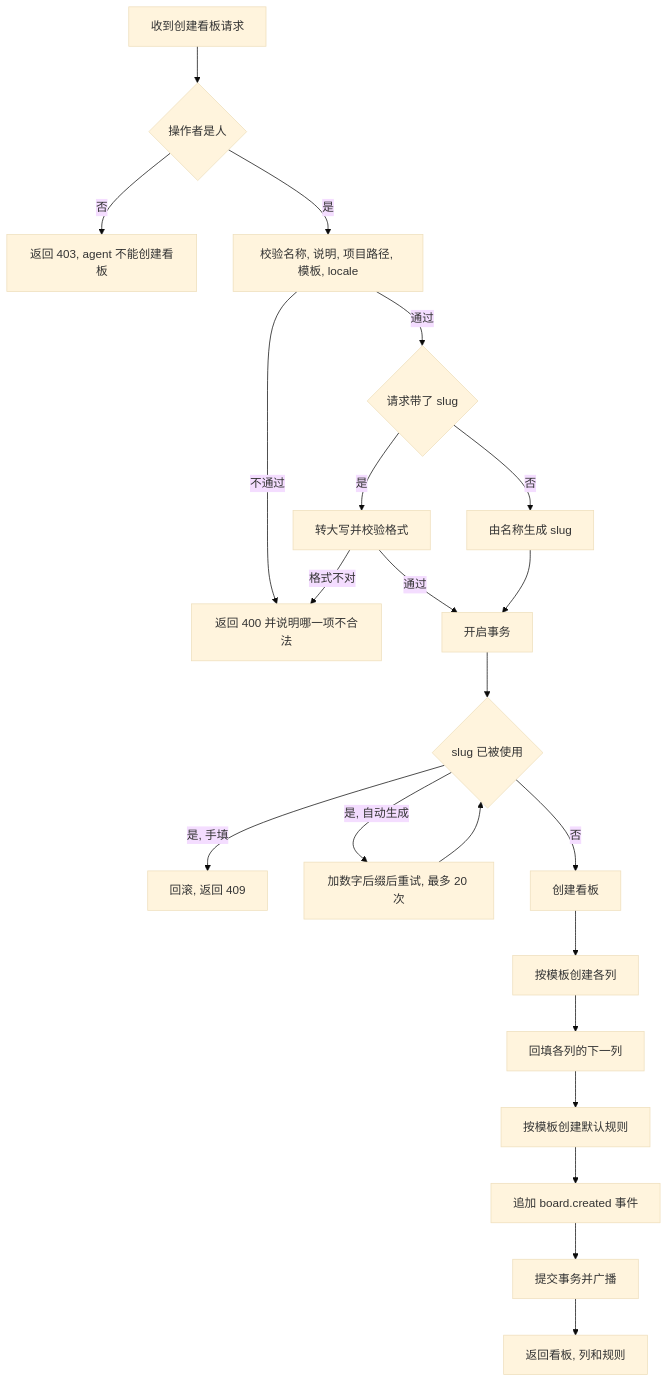
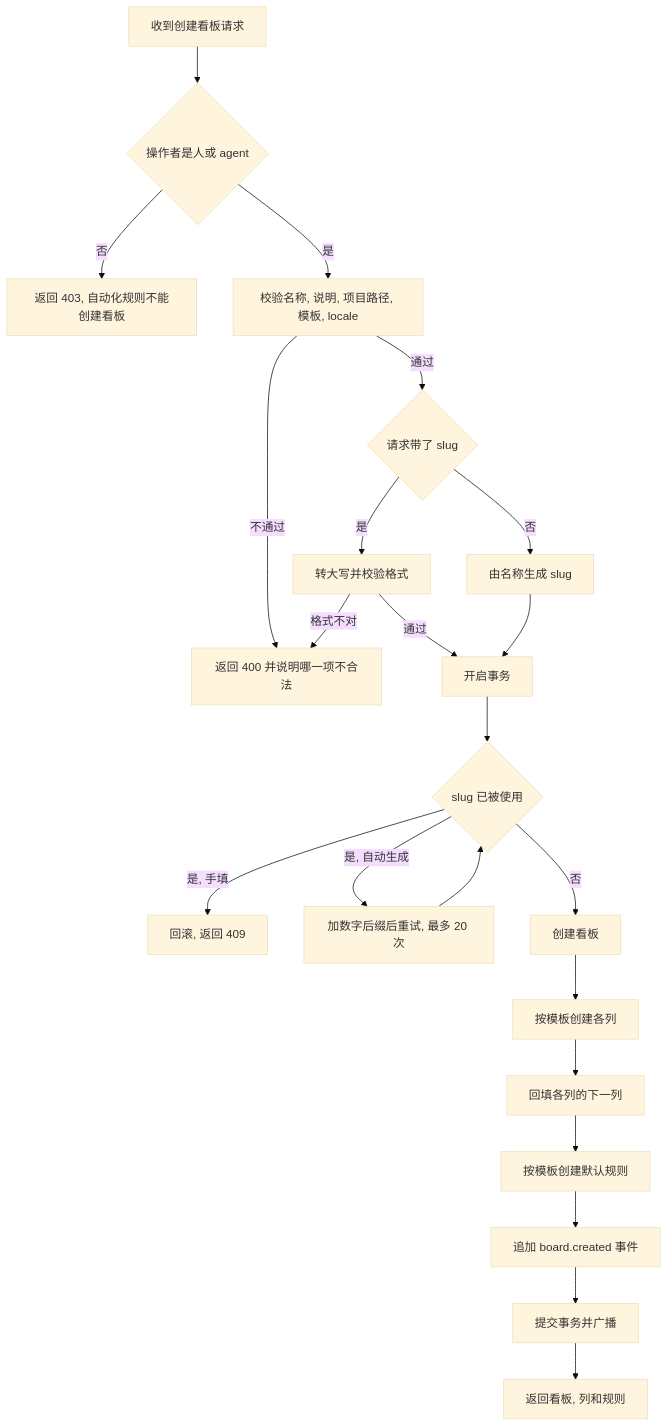
The first of 7 diagrams in .cursor/scopes/kanban.board.go.md (ixugo/slate-kanban), drawn with Mermaid (base theme) before and after one commit. The commit also changed 12 other files, not shown here.

````diff
--- a/.cursor/scopes/kanban.board.go.md
+++ b/.cursor/scopes/kanban.board.go.md
@@ -68,24 +68,24 @@
 ```mermaid
 flowchart TD
-    A[收到创建看板请求] --> B{操作者是人}
-    B -->|否| Z1[返回 403, agent 不能创建看板]
+    A[收到创建看板请求] --> B{操作者是人或 agent}
+    B -->|否| Z1[返回 403, 自动化规则不能创建看板]
     B -->|是| C[校验名称, 说明, 项目路径, 模板, locale]
     C -->|不通过| Z2[返回 400 并说明哪一项不合法]
     C -->|通过| D{请求带了 slug}
     D -->|是| E[转大写并校验格式]
     D -->|否| F[由名称生成 slug]
     E -->|格式不对| Z2
     E -->|通过| G[开启事务]
     F --> G
     G --> H{slug 已被使用}
     H -->|是, 手填| Z3[回滚, 返回 409]
     H -->|是, 自动生成| I[加数字后缀后重试, 最多 20 次]
     I --> H
     H -->|否| J[创建看板]
     J --> K[按模板创建各列]
     K --> L[回填各列的下一列]
     L --> M[按模板创建默认规则]
     M --> N[追加 board.created 事件]
     N --> O[提交事务并广播]
     O --> P[返回看板, 列和规则]
 ```
````
